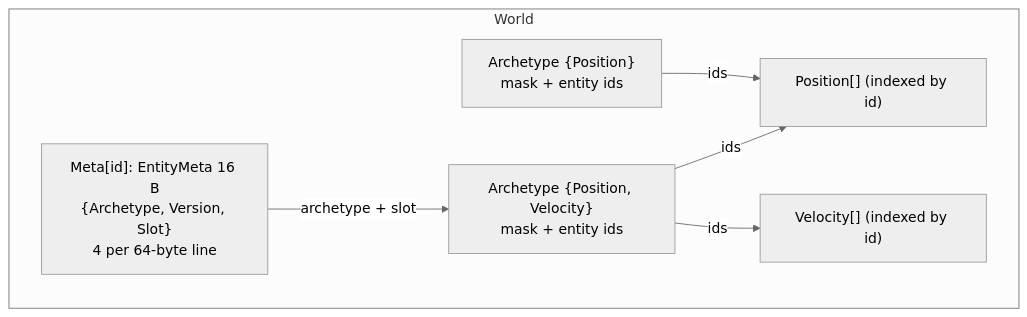
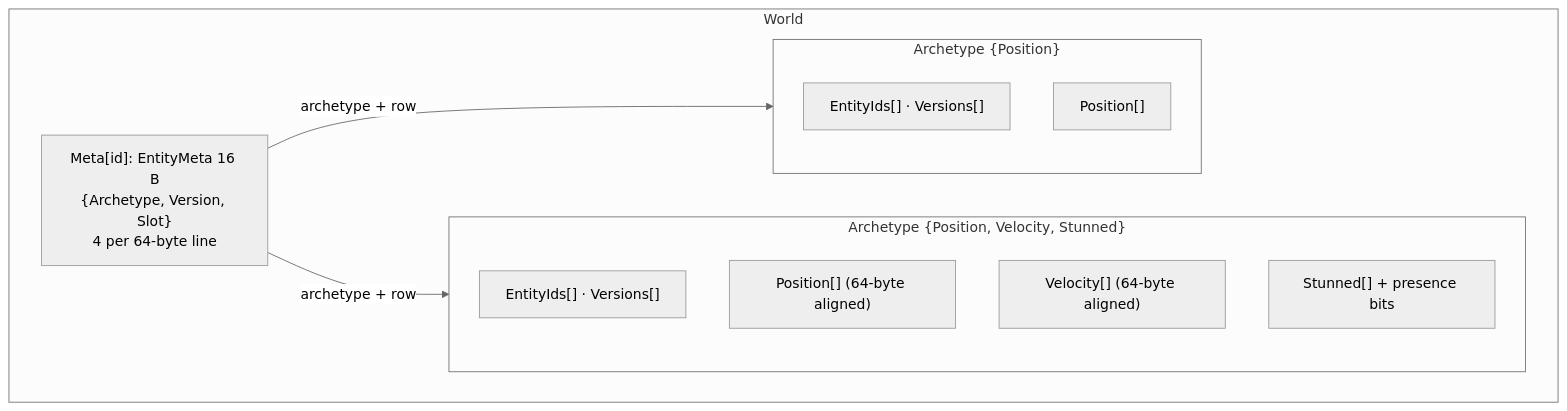
One commit to JasonXuDeveloper/EasyEcs changed the second of 3 diagrams in doc/architecture.md. Above: the diagram before and after it, drawn with Mermaid (neutral theme). The commit also changed other lines of this file and 15 other files, not shown here.

First line of the commit message:
docs: archetype tables, presence bits and 4.1 numbers

````diff
--- a/doc/architecture.md
+++ b/doc/architecture.md
@@ -53,14 +51,18 @@
 ```mermaid
 flowchart TB
     subgraph World
         M["Meta[id]: EntityMeta 16 B<br/>{Archetype, Version, Slot}<br/>4 per 64-byte line"]
-        C1["Position[] (indexed by id)"]
-        C2["Velocity[] (indexed by id)"]
-        A1["Archetype {Position, Velocity}<br/>mask + entity ids"]
-        A2["Archetype {Position}<br/>mask + entity ids"]
+        subgraph A1["Archetype {Position, Velocity, Stunned}"]
+            I1["EntityIds[] · Versions[]"]
+            P1["Position[] (64-byte aligned)"]
+            V1["Velocity[] (64-byte aligned)"]
+            S1["Stunned[] + presence bits"]
+        end
+        subgraph A2["Archetype {Position}"]
+            I2["EntityIds[] · Versions[]"]
+            P2["Position[]"]
+        end
     end
-    M -->|archetype + slot| A1
-    A1 -->|ids| C1
-    A1 -->|ids| C2
-    A2 -->|ids| C1
+    M -->|archetype + row| A1
+    M -->|archetype + row| A2
 ```
````
